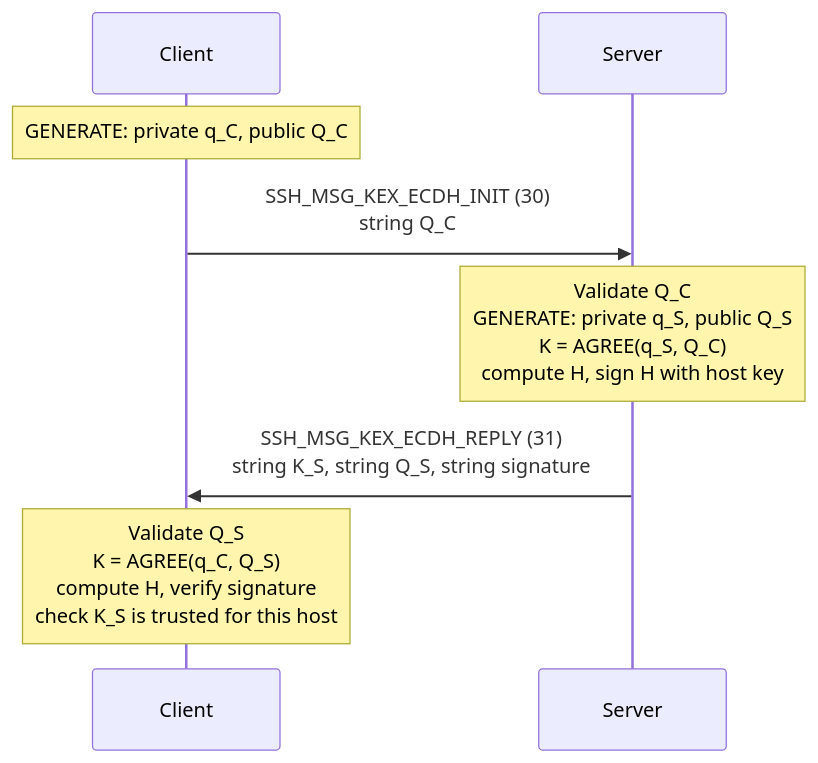
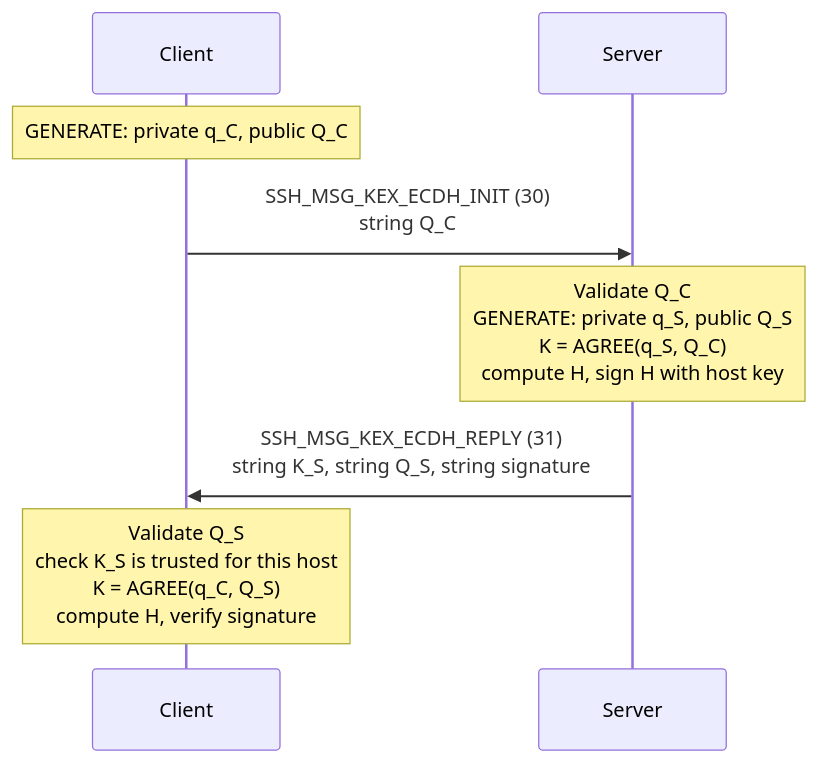
One commit to fornwall/ssh-protocol changed the second of 7 diagrams in src/crypto-key-agreement.md. Above: the diagram before and after it, drawn with Mermaid. The commit also changed 9 other files, not shown here.

First line of the commit message:
Show that the client checks host-key trust before the KEX signature

````diff
--- a/src/crypto-key-agreement.md
+++ b/src/crypto-key-agreement.md
@@ -78,10 +78,10 @@
 ```mermaid
 sequenceDiagram
     participant C as Client
     participant S as Server
     Note over C: GENERATE: private q_C, public Q_C
     C->>S: SSH_MSG_KEX_ECDH_INIT (30)<br/>string Q_C
     Note over S: Validate Q_C<br/>GENERATE: private q_S, public Q_S<br/>K = AGREE(q_S, Q_C)<br/>compute H, sign H with host key
     S->>C: SSH_MSG_KEX_ECDH_REPLY (31)<br/>string K_S, string Q_S, string signature
-    Note over C: Validate Q_S<br/>K = AGREE(q_C, Q_S)<br/>compute H, verify signature<br/>check K_S is trusted for this host
+    Note over C: Validate Q_S<br/>check K_S is trusted for this host<br/>K = AGREE(q_C, Q_S)<br/>compute H, verify signature
 ```
````
